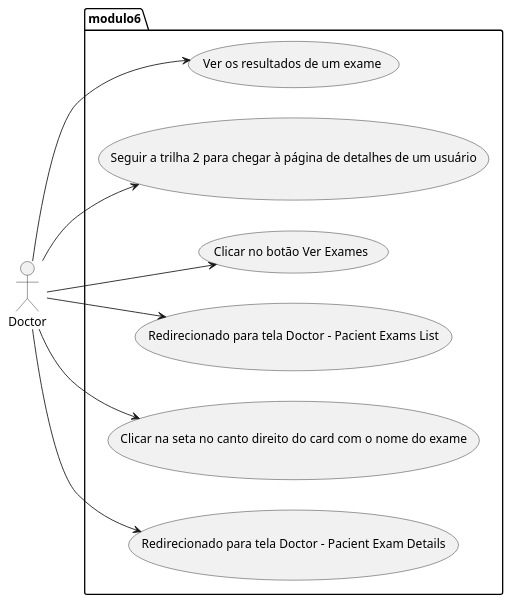
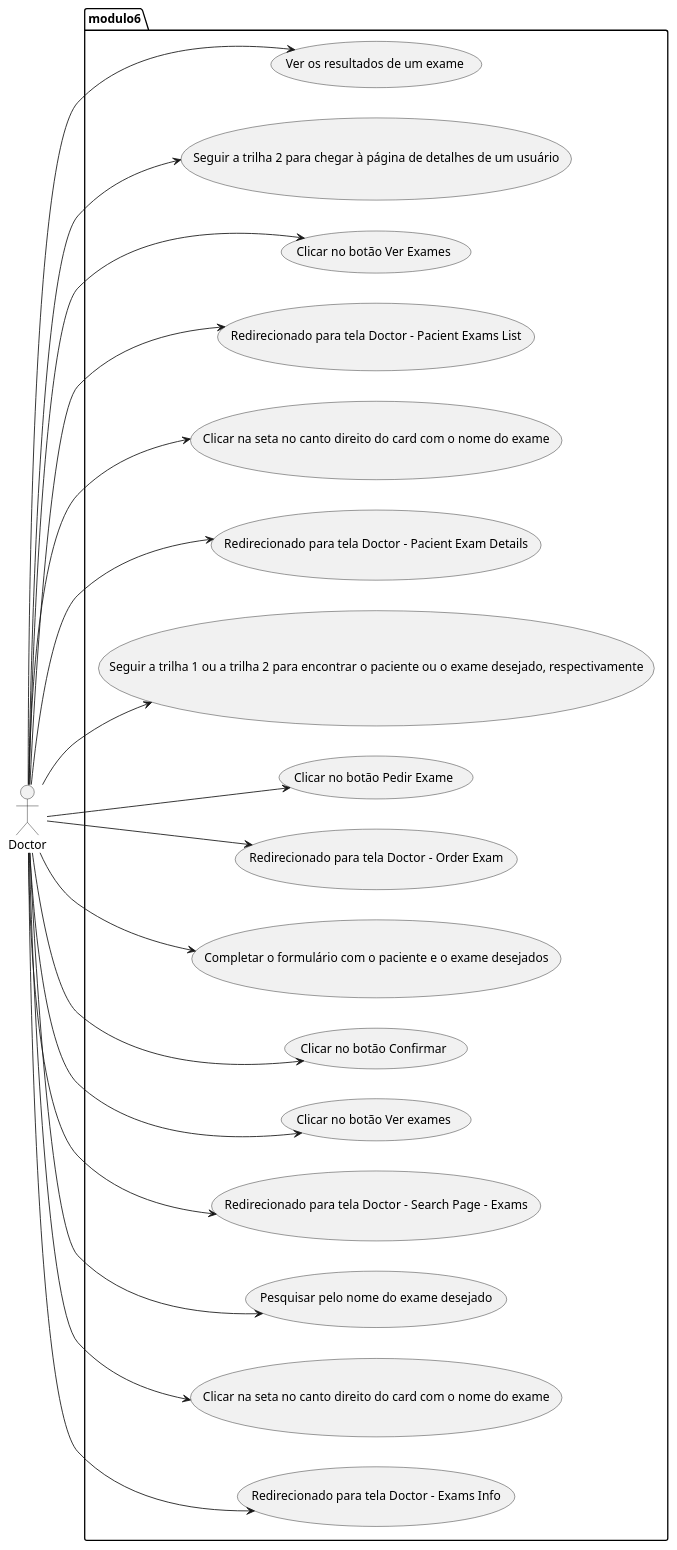
Before and after one commit to PaperClip-Computer/modulo6: the diagram in diagramas/casos-de-uso/doutor.plantuml, drawn with PlantUML. The commit also changed 1 other file, not shown here.

```diff
--- a/diagramas/casos-de-uso/doutor.plantuml
+++ b/diagramas/casos-de-uso/doutor.plantuml
@@ -1,20 +1,41 @@
 @startuml doutor
 
 left to right direction
 actor Doctor as d
 package modulo6 {
   usecase "Ver os resultados de um exame" as UC1
   usecase "Seguir a trilha 2 para chegar à página de detalhes de um usuário" as UC2
   usecase "Clicar no botão Ver Exames" as UC3
   usecase "Redirecionado para tela Doctor - Pacient Exams List" as UC4
   usecase "Clicar na seta no canto direito do card com o nome do exame" as UC5
   usecase "Redirecionado para tela Doctor - Pacient Exam Details" as UC6
+  usecase "Seguir a trilha 1 ou a trilha 2 para encontrar o paciente ou o exame desejado, respectivamente" as UC7
+  usecase "Clicar no botão Pedir Exame" as UC8
+  usecase "Redirecionado para tela Doctor - Order Exam" as UC9
+  usecase "Completar o formulário com o paciente e o exame desejados" as UC10
+  usecase "Clicar no botão Confirmar" as UC11
+  usecase "Clicar no botão Ver exames" as UC12
+  usecase "Redirecionado para tela Doctor - Search Page - Exams" as UC13
+  usecase "Pesquisar pelo nome do exame desejado" as UC14
+  usecase "Clicar na seta no canto direito do card com o nome do exame" as UC15
+  usecase "Redirecionado para tela Doctor - Exams Info" as UC16
 }
+
 d --> UC1
 d --> UC2
 d --> UC3
 d --> UC4
 d --> UC5
 d --> UC6
+d --> UC7
+d --> UC8
+d --> UC9
+d --> UC10
+d --> UC11
+d --> UC12
+d --> UC13
+d --> UC14
+d --> UC15
+d --> UC16
 
 @enduml
```
